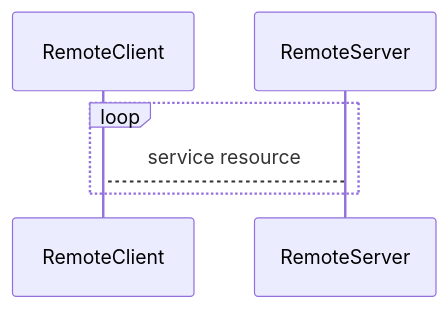
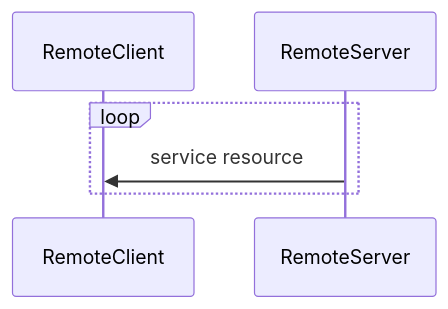
One commit to jbuehl/homealone changed the diagram in docs/README.remote.md. Above: the diagram before and after it, drawn with Mermaid.

Commit message:
Add diagrams

````diff
--- a/docs/README.remote.md
+++ b/docs/README.remote.md
@@ -42,8 +42,8 @@
 ```mermaid
 sequenceDiagram
 	participant RemoteClient
 	participant RemoteServer
 	loop
-		RemoteServer --> RemoteClient: service resource
+		RemoteServer ->> RemoteClient: service resource
 	end
 ```
````
